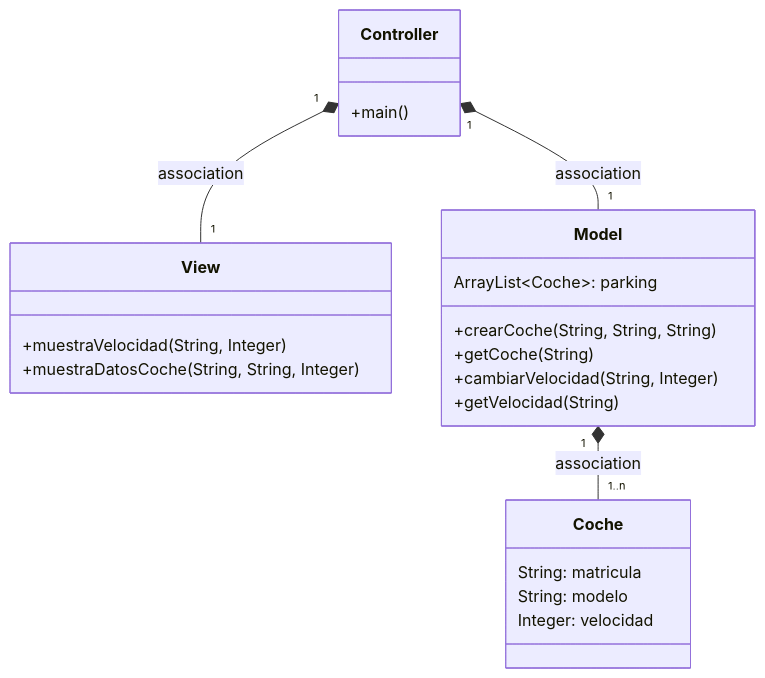
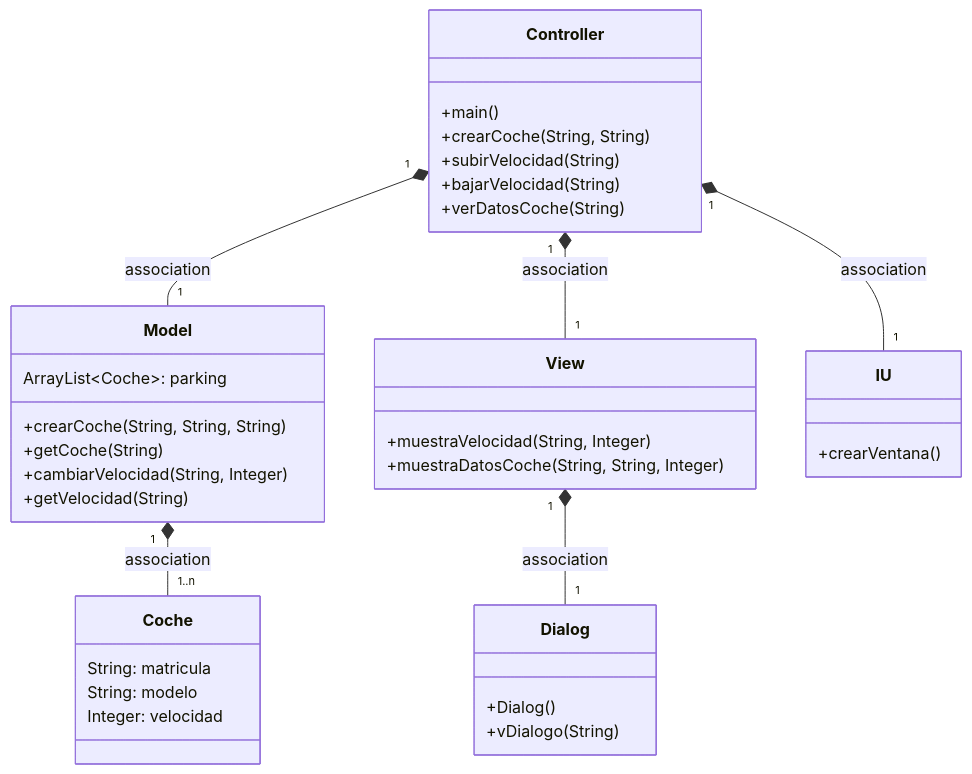
The first of 3 diagrams in Readme.md (JayBGB/MVC_coches), drawn with Mermaid before and after one commit.

Commit message:
Modifico Readme.md para reflejar cambios en diagrama de flujo.

````diff
--- a/Readme.md
+++ b/Readme.md
@@ -9,26 +9,39 @@
 ```mermaid
 classDiagram
     class Coche {
         String: matricula
         String: modelo
         Integer: velocidad
     }
       class Controller{
           +main()
+          +crearCoche(String, String)
+          +subirVelocidad(String)
+          +bajarVelocidad(String)
+          +verDatosCoche(String)
       }
       class View {
       +muestraVelocidad(String, Integer)
       +muestraDatosCoche(String, String, Integer)
       }
       class Model {
           ArrayList~Coche~: parking
           +crearCoche(String, String, String)
           +getCoche(String)
           +cambiarVelocidad(String, Integer)
           +getVelocidad(String)
       }
+      
+      class IU { +crearVentana()}
+      
+      class Dialog { 
+        +Dialog() 
+        +vDialogo(String)  
+      }
     Controller "1" *-- "1" Model : association
     Controller "1" *-- "1" View : association
+    Controller "1" *-- "1" IU : association
     Model "1" *-- "1..n" Coche : association
+    View "1" *-- "1" Dialog : association
       
 ```
````
